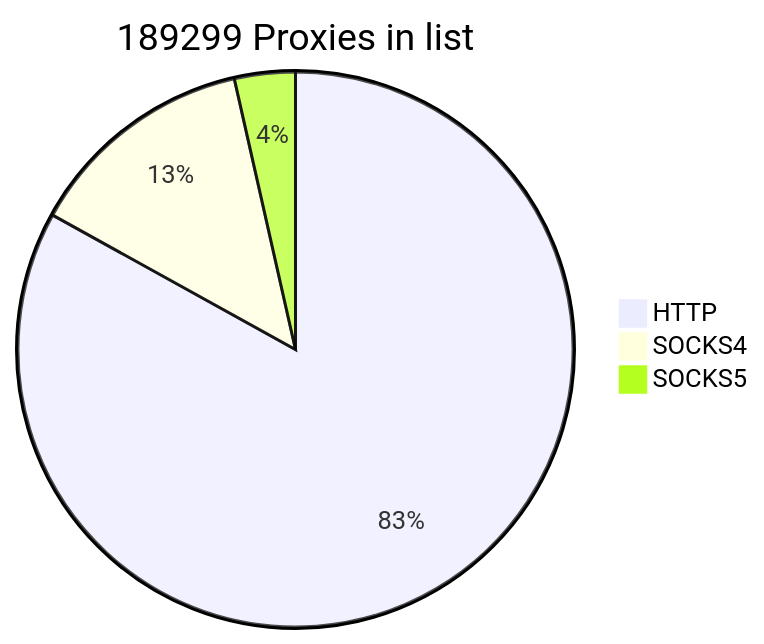
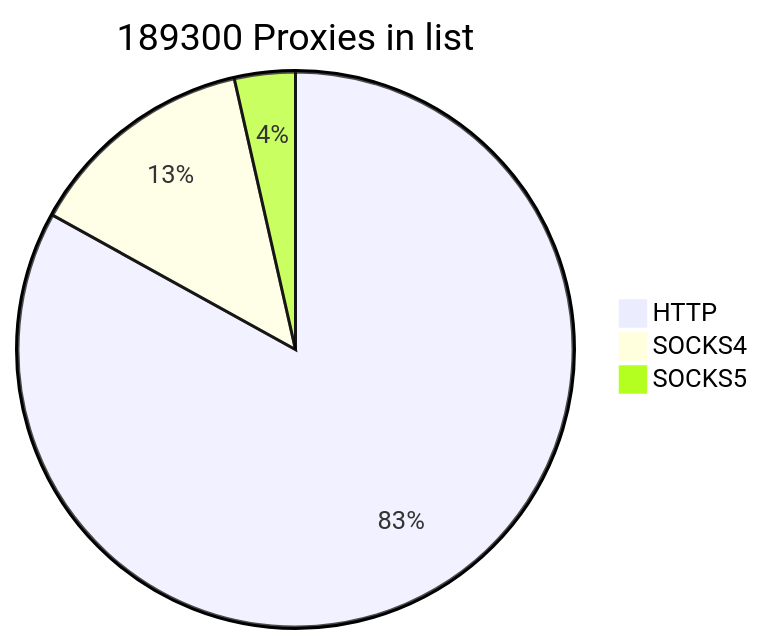
Before and after one commit to cutipu/proxylist: the first of 2 diagrams in README.md, drawn with Mermaid. The commit also changed other lines of this file, not shown here.

````diff
--- a/README.md
+++ b/README.md
@@ -2,7 +2,7 @@
 ```mermaid
-pie title 189299 Proxies in list
+pie title 189300 Proxies in list
     "HTTP" : 157199
     "SOCKS4" : 25403
-    "SOCKS5" : 6697
+    "SOCKS5" : 6698
             
 ```
````
